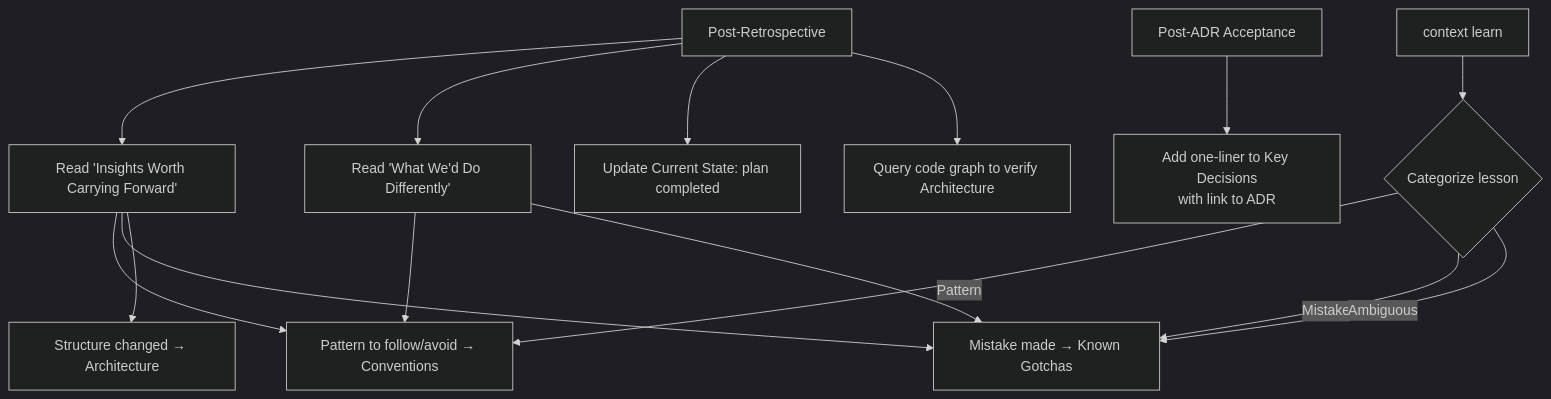
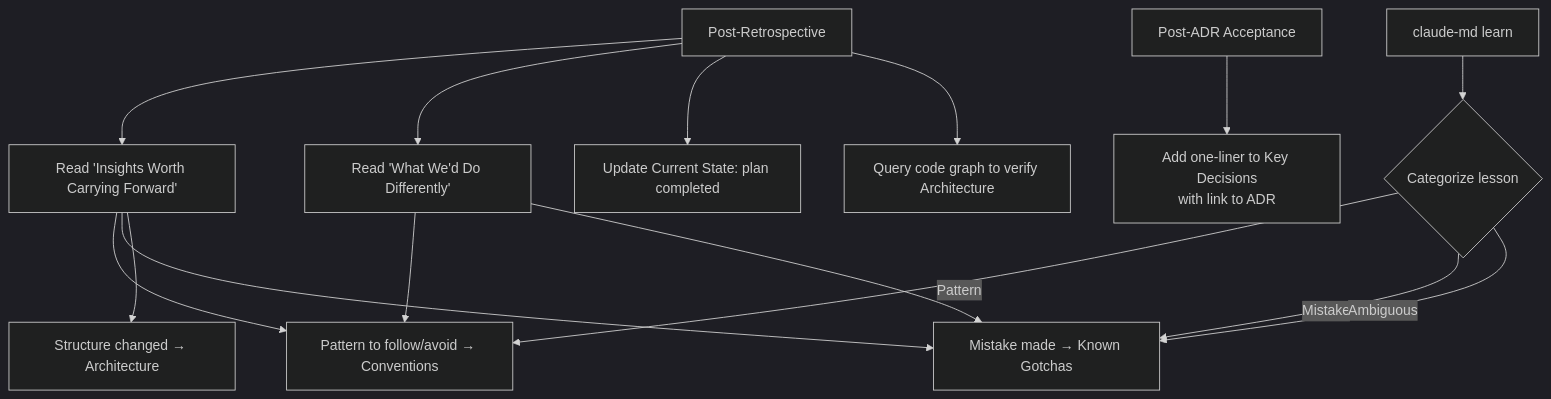
The diagram in apps/docs/src/reference/skills/claude-md.md (infinitedusky/indusk), drawn with Mermaid (dark theme) before and after one commit. The commit also changed other lines of this file and 24 other files, not shown here.

````diff
--- a/apps/docs/src/reference/skills/claude-md.md
+++ b/apps/docs/src/reference/skills/claude-md.md
@@ -124,25 +128,25 @@
 ```mermaid
 flowchart TD
     T1["Post-Retrospective"]
     T2["Post-ADR Acceptance"]
-    T3["context learn"]
+    T3["claude-md learn"]
 
     T1 --> R1["Read 'Insights Worth Carrying Forward'"]
     T1 --> R2["Read 'What We'd Do Differently'"]
     T1 --> R3["Update Current State: plan completed"]
     T1 --> R4["Query code graph to verify Architecture"]
 
     R1 --> S1["Pattern to follow/avoid → Conventions"]
     R1 --> S2["Mistake made → Known Gotchas"]
     R1 --> S3["Structure changed → Architecture"]
     R2 --> S1
     R2 --> S2
 
     T2 --> ADR["Add one-liner to Key Decisions\nwith link to ADR"]
 
     T3 --> C1{"Categorize lesson"}
     C1 -->|"Pattern"| S1
     C1 -->|"Mistake"| S2
     C1 -->|"Ambiguous"| S2
 
 ```
````
